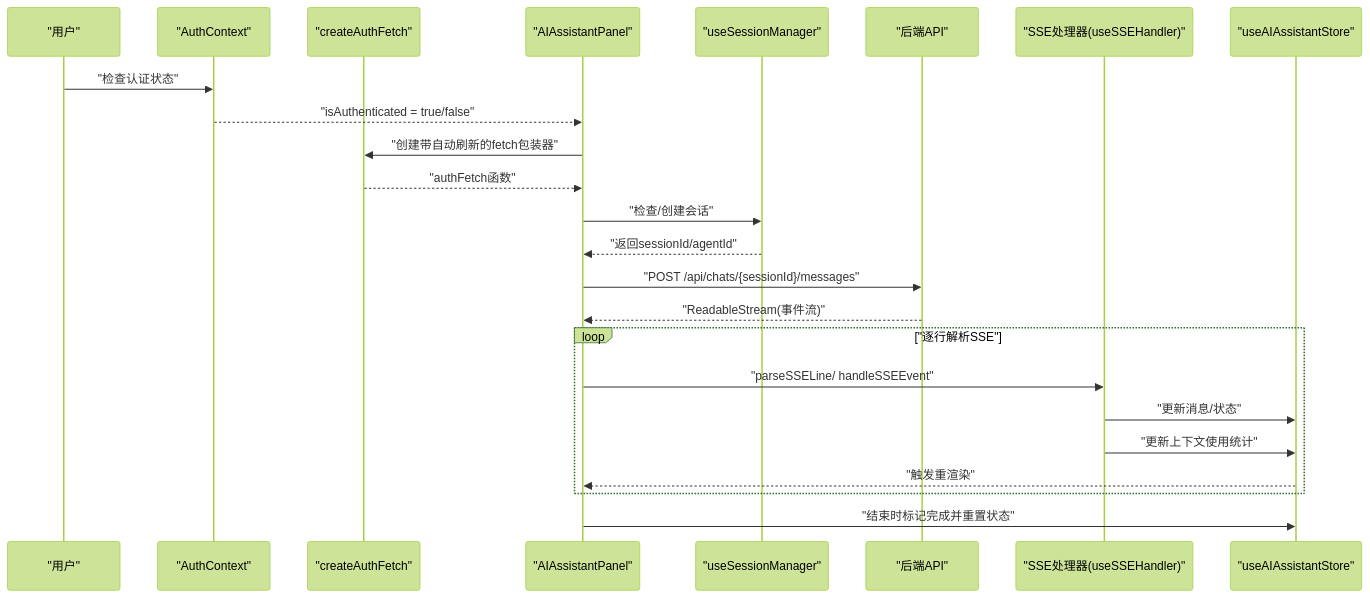
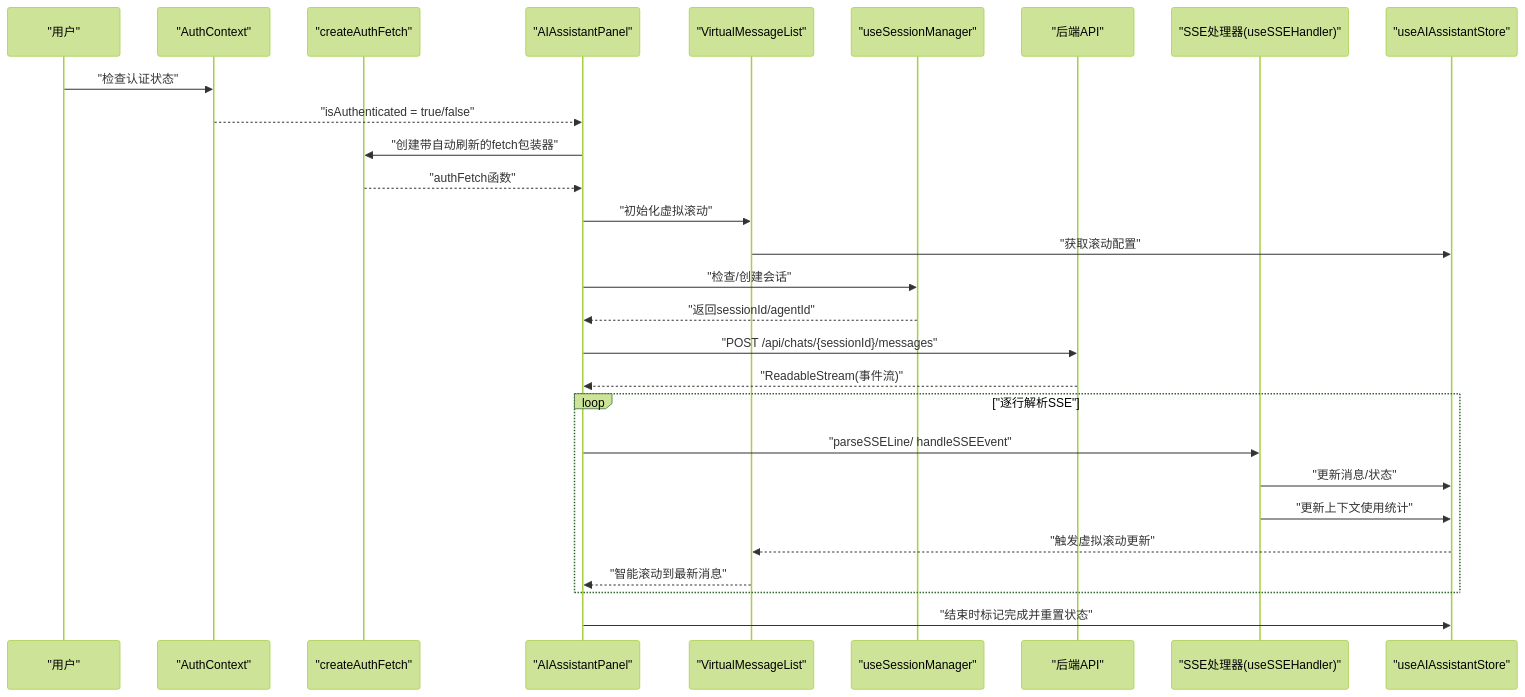
Before and after one commit to KunLabAI/KunFlix: the second of 24 diagrams in .qoder/repowiki/zh/content/前端应用架构/UI组件库/画布组件系统/AI助手面板.md, drawn with Mermaid (forest theme). The commit also changed other lines of this file and 22 other files, not shown here.

````diff
--- a/.qoder/repowiki/zh/content/前端应用架构/UI组件库/画布组件系统/AI助手面板.md
+++ b/.qoder/repowiki/zh/content/前端应用架构/UI组件库/画布组件系统/AI助手面板.md
@@ -184,26 +209,30 @@
 ```mermaid
 sequenceDiagram
 participant U as "用户"
 participant A as "AuthContext"
 participant PF as "createAuthFetch"
 participant P as "AIAssistantPanel"
+participant VL as "VirtualMessageList"
 participant S as "useSessionManager"
 participant N as "后端API"
 participant SSE as "SSE处理器(useSSEHandler)"
 participant ST as "useAIAssistantStore"
 U->>A : "检查认证状态"
 A-->>P : "isAuthenticated = true/false"
 P->>PF : "创建带自动刷新的fetch包装器"
 PF-->>P : "authFetch函数"
+P->>VL : "初始化虚拟滚动"
+VL->>ST : "获取滚动配置"
 P->>S : "检查/创建会话"
 S-->>P : "返回sessionId/agentId"
 P->>N : "POST /api/chats/{sessionId}/messages"
 N-->>P : "ReadableStream(事件流)"
 loop "逐行解析SSE"
 P->>SSE : "parseSSELine/ handleSSEEvent"
 SSE->>ST : "更新消息/状态"
 SSE->>ST : "更新上下文使用统计"
-ST-->>P : "触发重渲染"
+ST-->>VL : "触发虚拟滚动更新"
+VL-->>P : "智能滚动到最新消息"
 end
 P->>ST : "结束时标记完成并重置状态"
 ```
````
